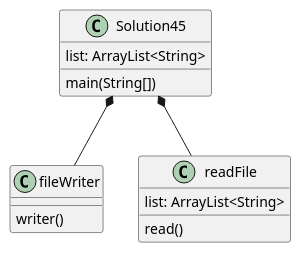
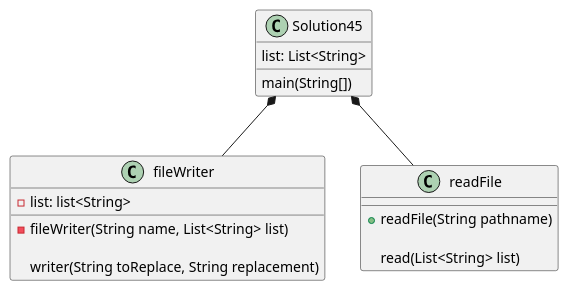
One commit to cachemoney-3000/samontanez-a04 changed the diagram in exercise45/docs/Solution45_ClassDiagram.puml. Above: the diagram before and after it, drawn with PlantUML. The commit also changed 13 other files, not shown here.

```diff
--- a/exercise45/docs/Solution45_ClassDiagram.puml
+++ b/exercise45/docs/Solution45_ClassDiagram.puml
@@ -1,21 +1,51 @@
 @startuml
 class Solution45 {
-    'attributes
-    list: ArrayList<String>
+    'attribute
+    list: List<String>
+
     main(String[])
+        'prompt for the output file
+        'call the readFile object
+        'store the scanned lines into the list
+
+        'call the fileWriter object
+        'prints out the output into a file
+        'display the output that was written into the file
 }
 
 class fileWriter {
-    writer()
+    'call the fileWriter object
+    'attributes:
+    -list: list<String>
+    'constructor
+    -fileWriter(String name, List<String> list)
+
+    writer(String toReplace, String replacement)
+        'StringBuilder object
+        '(for-loop) iterates through the list
+            'replace the words
+            'store the output into a string builder
+            'prints out the output into a file
+
+        'close the fileWriter method
+        'return the string builder
 }
 
 class readFile{
-    'attributes
-    list: ArrayList<String>
-    read()
+    'scanner object
+    'constructor
+    +readFile(String pathname)
+
+    read(List<String> list)
+    'try scanning the lines
+        'store the scanned lines into the list
+    'catch all the exception and prints it
+    'close the scanner
+
+    'return the array list
 }
 
 
 Solution45 *-- readFile
 Solution45 *-- fileWriter
 @enduml
```
